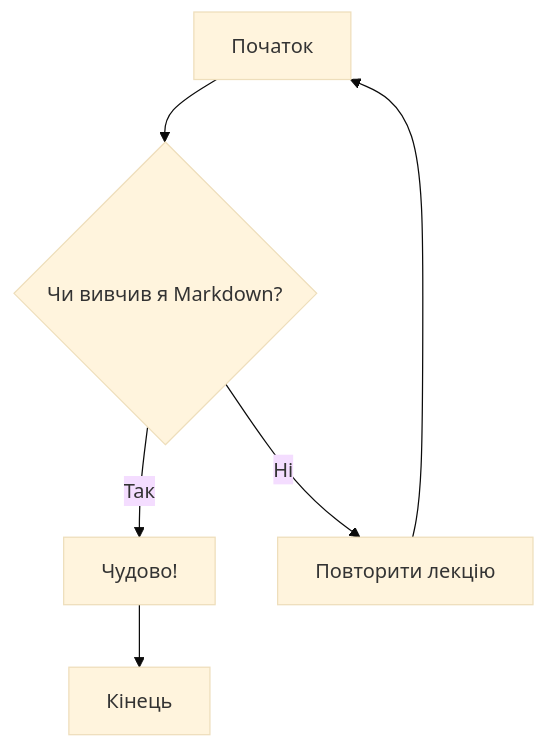
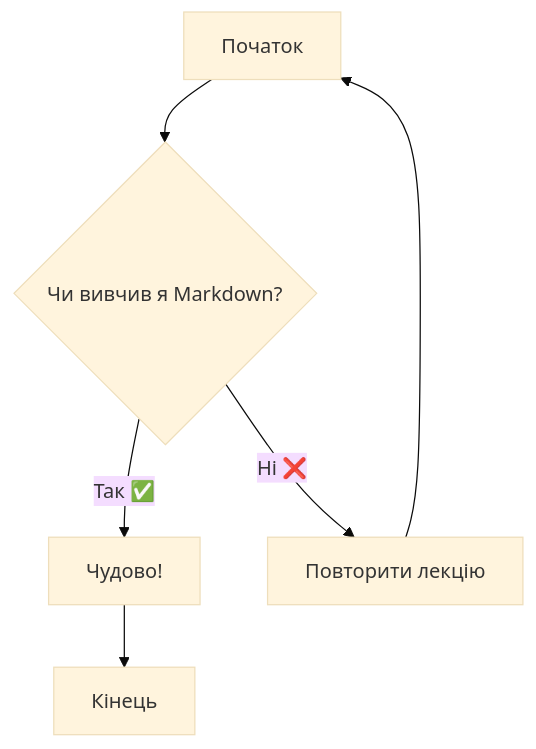
Before and after one commit to OlexiyOdarchuk/MarkDown-Lection: the first of 2 diagrams in README.md, drawn with Mermaid (base theme). The commit also changed other lines of this file and 1 other file, not shown here.

Commit message:
Трошки переробив і презентацію і саму лекцію

````diff
--- a/README.md
+++ b/README.md
@@ -217,8 +214,8 @@
 ```mermaid
 graph TD;
     A[Початок] --> B{Чи вивчив я Markdown?};
-    B -->|Так| C[Чудово!];
-    B -->|Ні| D[Повторити лекцію];
+    B -->|Так ✅| C[Чудово!];
+    B -->|Ні ❌| D[Повторити лекцію];
     C --> E[Кінець];
     D --> A;
 ```
````
